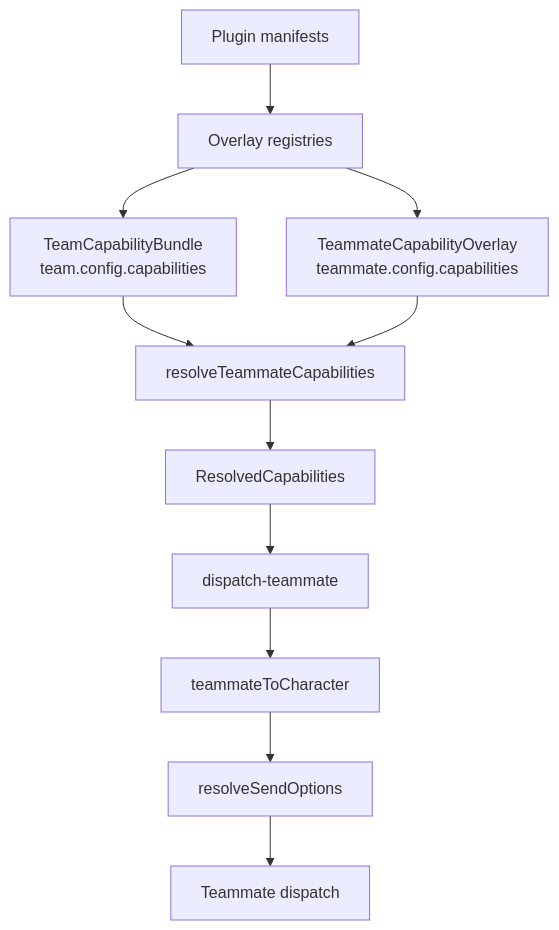
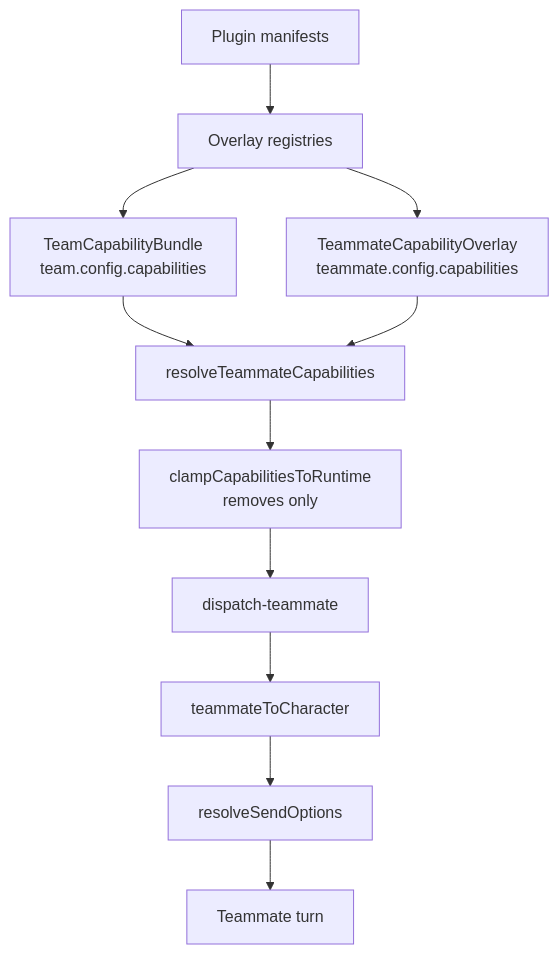
Before and after one commit to MaxQian888/cognia-next: the diagram in docs/content/docs/en/chat/agent-teams/capabilities-and-plugins.mdx, drawn with Mermaid. The commit also changed other lines of this file and 27 other files, not shown here.

````diff
--- a/docs/content/docs/en/chat/agent-teams/capabilities-and-plugins.mdx
+++ b/docs/content/docs/en/chat/agent-teams/capabilities-and-plugins.mdx
@@ -108,13 +64,13 @@
 ```mermaid
 flowchart TD
   PM[Plugin manifests] --> OR[Overlay registries]
-  OR --> TB[TeamCapabilityBundle\nteam.config.capabilities]
-  OR --> TO[TeammateCapabilityOverlay\nteammate.config.capabilities]
+  OR --> TB["TeamCapabilityBundle<br/>team.config.capabilities"]
+  OR --> TO["TeammateCapabilityOverlay<br/>teammate.config.capabilities"]
   TB --> R[resolveTeammateCapabilities]
   TO --> R
-  R --> RC[ResolvedCapabilities]
-  RC --> D[dispatch-teammate]
+  R --> CL["clampCapabilitiesToRuntime<br/>removes only"]
+  CL --> D[dispatch-teammate]
   D --> TC[teammateToCharacter]
   TC --> SO[resolveSendOptions]
-  SO --> RUN[Teammate dispatch]
+  SO --> RUN[Teammate turn]
 ```
````
